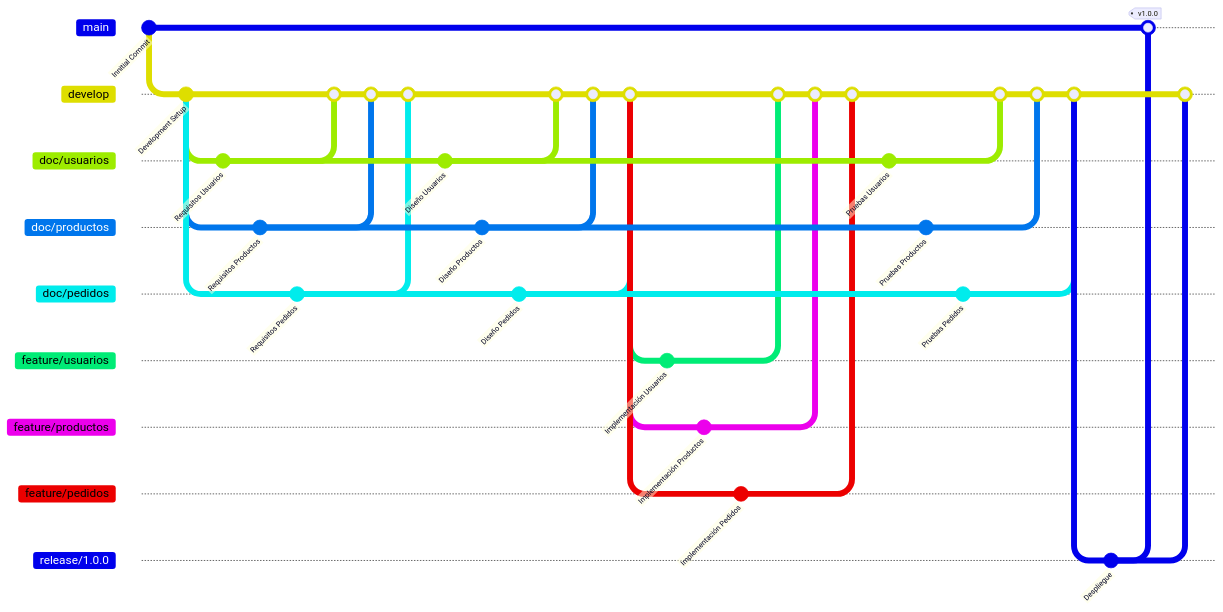
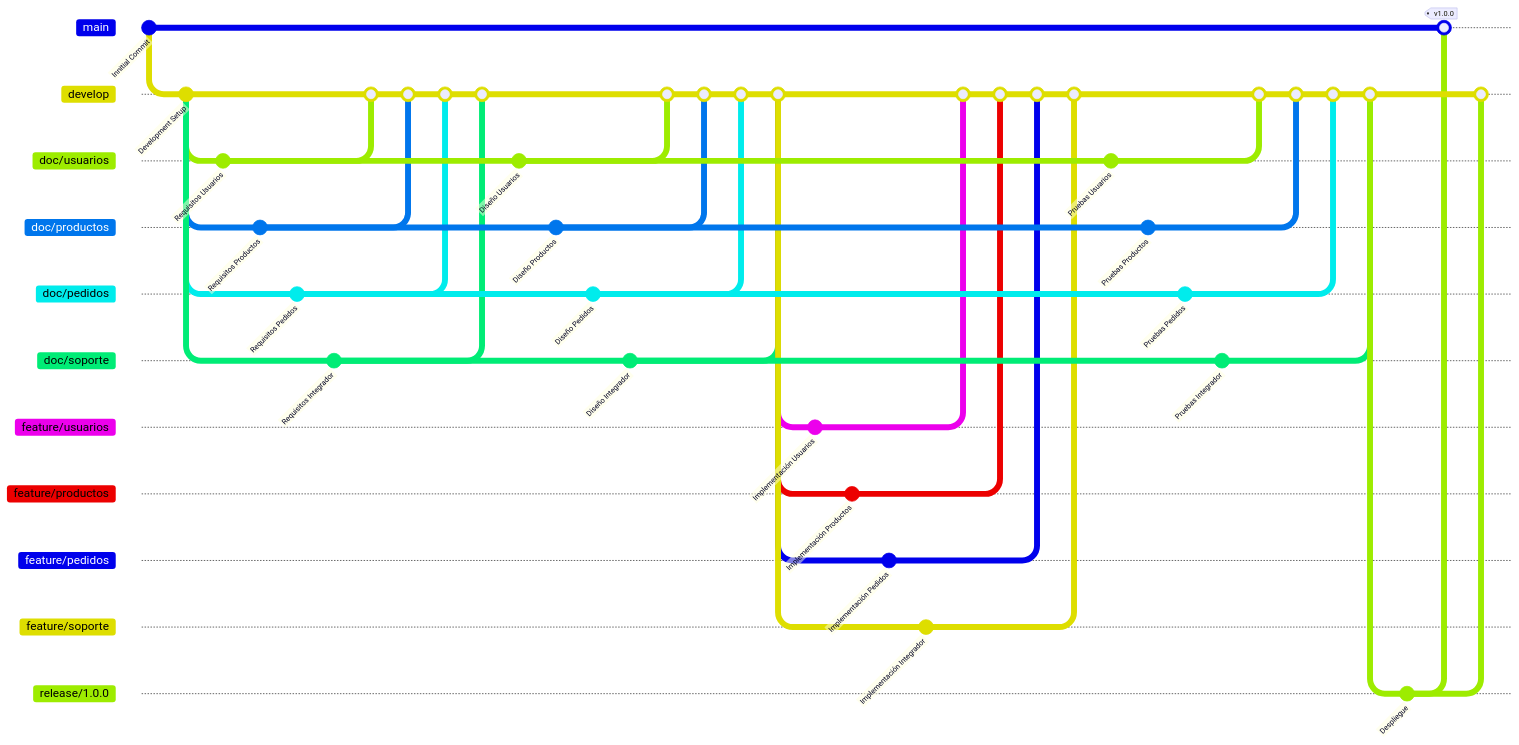
Before and after one commit to RDGS2005/Cafesysto: the diagram in CONTRIBUTING.md, drawn with Mermaid. The commit also changed other lines of this file, not shown here.

Commit message:
fix: agregar ramas faltantes

```diff
--- a/CONTRIBUTING.md
+++ b/CONTRIBUTING.md
@@ -129,9 +131,16 @@
     commit id: "Requisitos Pedidos"
 
     checkout develop
+
+    branch doc/soporte
+    checkout doc/soporte
+    commit id: "Requisitos Integrador"
+
+    checkout develop
     merge doc/usuarios
     merge doc/productos
     merge doc/pedidos
+    merge doc/soporte
 
     checkout doc/usuarios
     commit id: "Diseño Usuarios"
@@ -147,9 +156,15 @@
     commit id: "Diseño Pedidos"
 
     checkout develop
+
+    checkout doc/soporte
+    commit id: "Diseño Integrador"
+
+    checkout develop
     merge doc/usuarios
     merge doc/productos
     merge doc/pedidos
+    merge doc/soporte
 
     branch feature/usuarios
     checkout feature/usuarios
@@ -168,9 +183,16 @@
     commit id: "Implementación Pedidos"
 
     checkout develop
+
+    branch feature/soporte
+    checkout feature/soporte
+    commit id: "Implementación Integrador"
+
+    checkout develop
     merge feature/usuarios
     merge feature/productos
     merge feature/pedidos
+    merge feature/soporte
 
     checkout doc/usuarios
     commit id: "Pruebas Usuarios"
@@ -186,9 +208,15 @@
     commit id: "Pruebas Pedidos"
 
     checkout develop
+
+    checkout doc/soporte
+    commit id: "Pruebas Integrador"
+
+    checkout develop
     merge doc/usuarios
     merge doc/productos
     merge doc/pedidos
+    merge doc/soporte
 
     branch release/1.0.0
     checkout release/1.0.0
```
